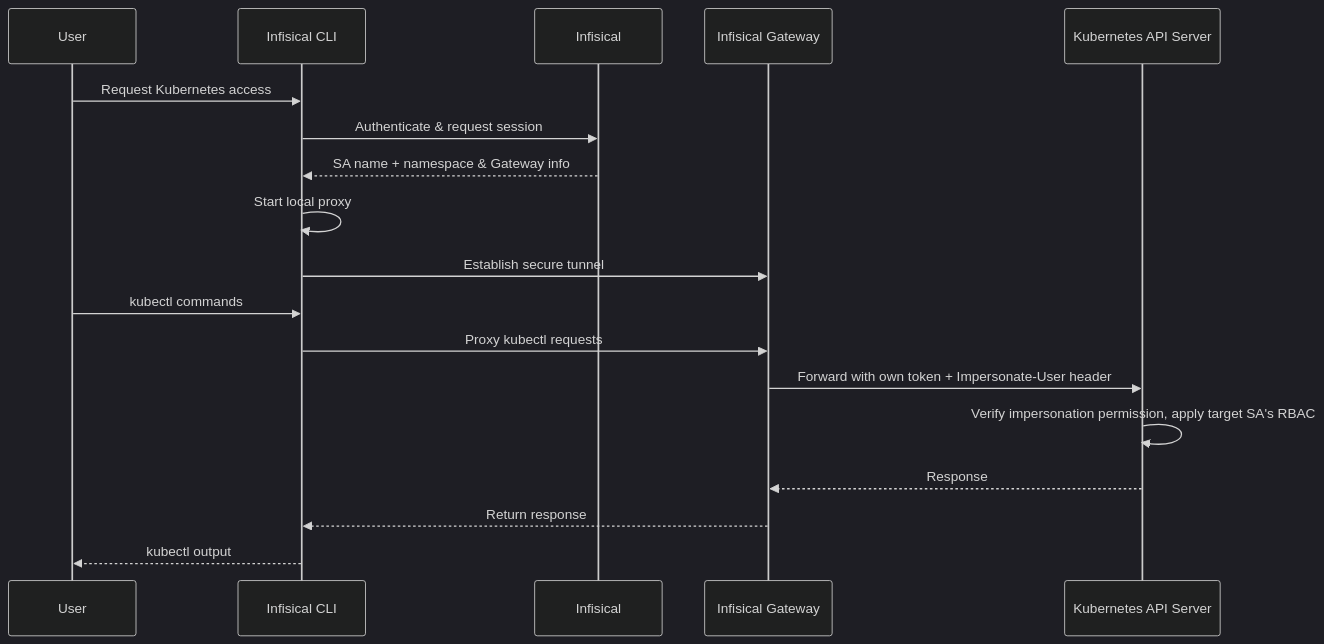
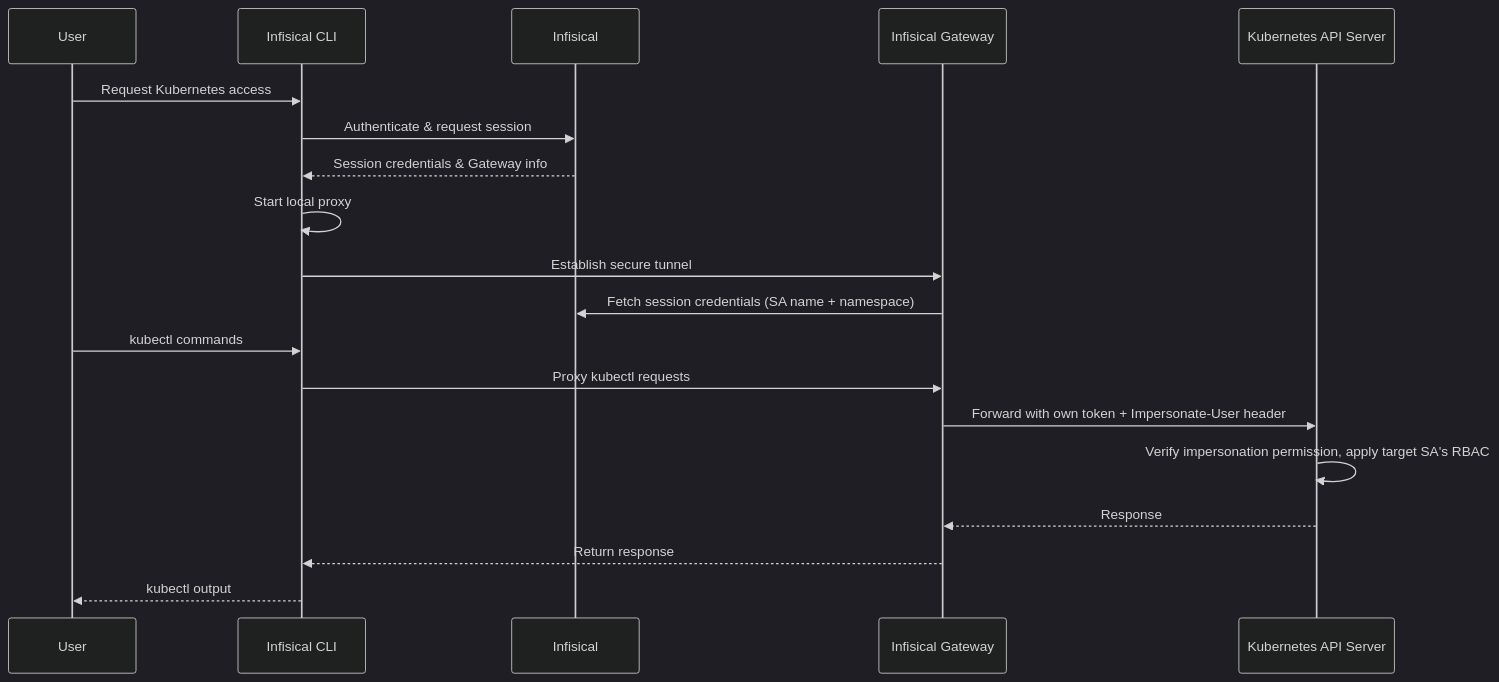
Before and after one commit to Infisical/infisical: the second of 2 diagrams in docs/documentation/platform/pam/getting-started/resources/kubernetes.mdx, drawn with Mermaid (dark theme). The commit also changed other lines of this file, not shown here.

First line of the commit message:
docs: clarify SSL and gateway auth flow in K8s PAM docs

````diff
--- a/docs/documentation/platform/pam/getting-started/resources/kubernetes.mdx
+++ b/docs/documentation/platform/pam/getting-started/resources/kubernetes.mdx
@@ -45,21 +45,22 @@
 ```mermaid
 sequenceDiagram
     participant User
     participant CLI as Infisical CLI
     participant Infisical
     participant Gateway as Infisical Gateway
     participant K8s as Kubernetes API Server
 
     User->>CLI: Request Kubernetes access
     CLI->>Infisical: Authenticate & request session
-    Infisical-->>CLI: SA name + namespace & Gateway info
+    Infisical-->>CLI: Session credentials & Gateway info
     CLI->>CLI: Start local proxy
     CLI->>Gateway: Establish secure tunnel
+    Gateway->>Infisical: Fetch session credentials (SA name + namespace)
     User->>CLI: kubectl commands
     CLI->>Gateway: Proxy kubectl requests
     Gateway->>K8s: Forward with own token + Impersonate-User header
     K8s->>K8s: Verify impersonation permission, apply target SA's RBAC
     K8s-->>Gateway: Response
     Gateway-->>CLI: Return response
     CLI-->>User: kubectl output
 ```
````
